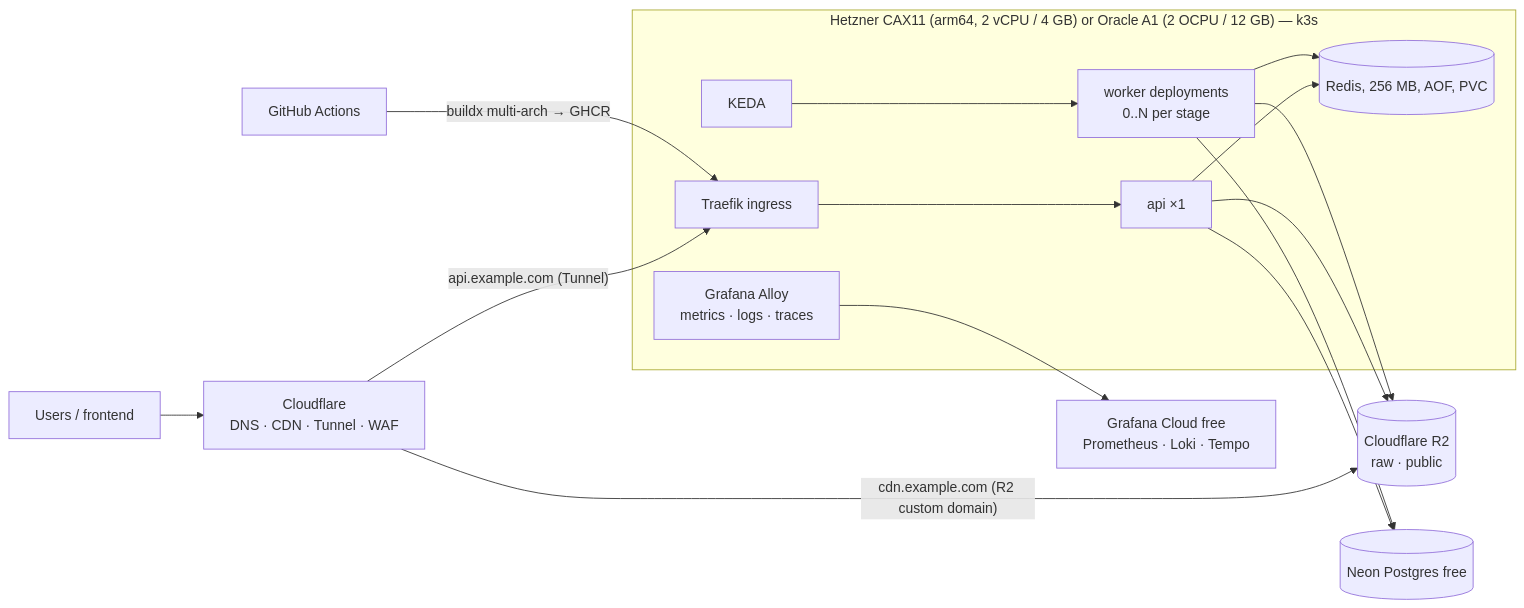
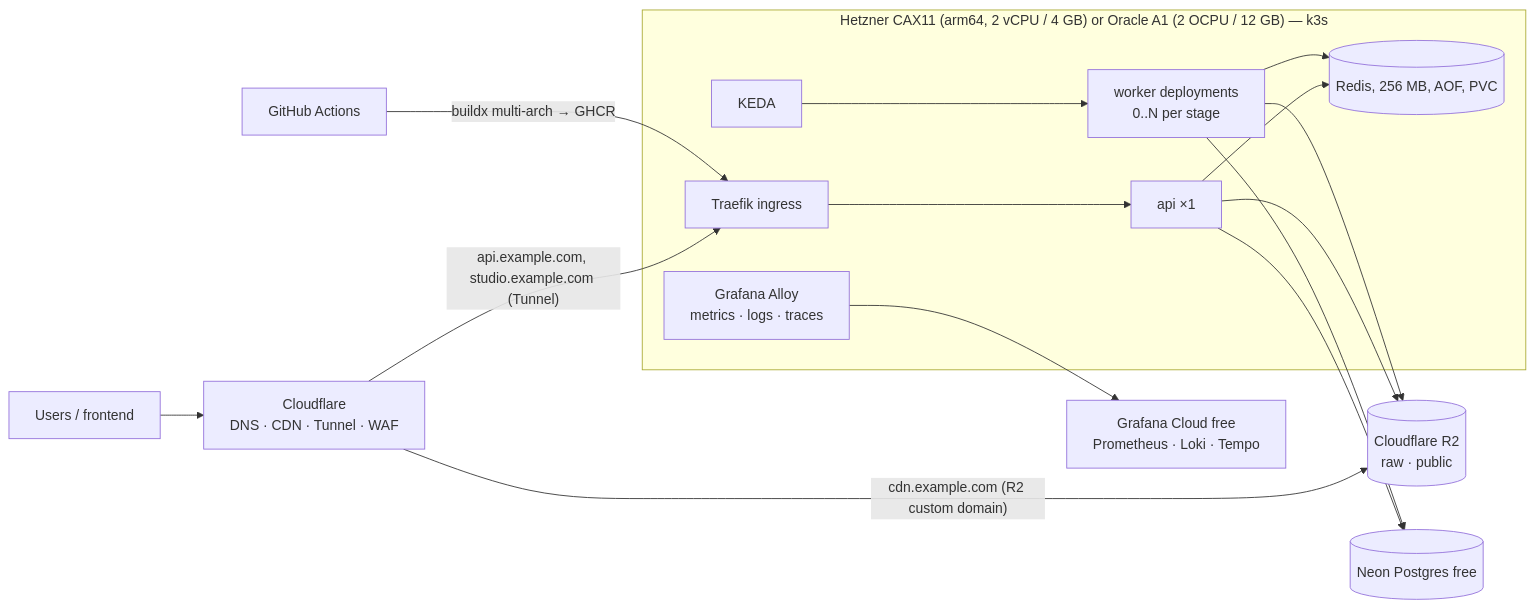
Before and after one commit to szebest/taitube-platform: the ninth of 9 diagrams in docs/SDD.md, drawn with Mermaid. The commit also changed other lines of this file and 2 other files, not shown here.

First line of the commit message:
93: The SDD, README and infra docs describe the studio's image, compose service, k8s host and tunnel

````diff
--- a/docs/SDD.md
+++ b/docs/SDD.md
@@ -2008,17 +2023,17 @@
 ```mermaid
 flowchart LR
     U[Users / frontend] --> CF[Cloudflare<br/>DNS · CDN · Tunnel · WAF]
-    CF -- "api.example.com (Tunnel)" --> K3S
+    CF -- "api.example.com, studio.example.com (Tunnel)" --> K3S
     CF -- "cdn.example.com (R2 custom domain)" --> R2[(Cloudflare R2<br/>raw · public)]
     subgraph VPS["Hetzner CAX11 (arm64, 2 vCPU / 4 GB) or Oracle A1 (2 OCPU / 12 GB) — k3s"]
         K3S[Traefik ingress] --> API[api ×1]
         KEDA[KEDA] --> W[worker deployments<br/>0..N per stage]
         REDIS[(Redis, 256 MB, AOF, PVC)]
         ALLOY[Grafana Alloy<br/>metrics · logs · traces]
     end
     API & W --> NEON[(Neon Postgres free)]
     API & W --> R2
     API & W --> REDIS
     ALLOY --> GC[Grafana Cloud free<br/>Prometheus · Loki · Tempo]
     GH[GitHub Actions] -- "buildx multi-arch → GHCR" --> K3S
 ```
````
